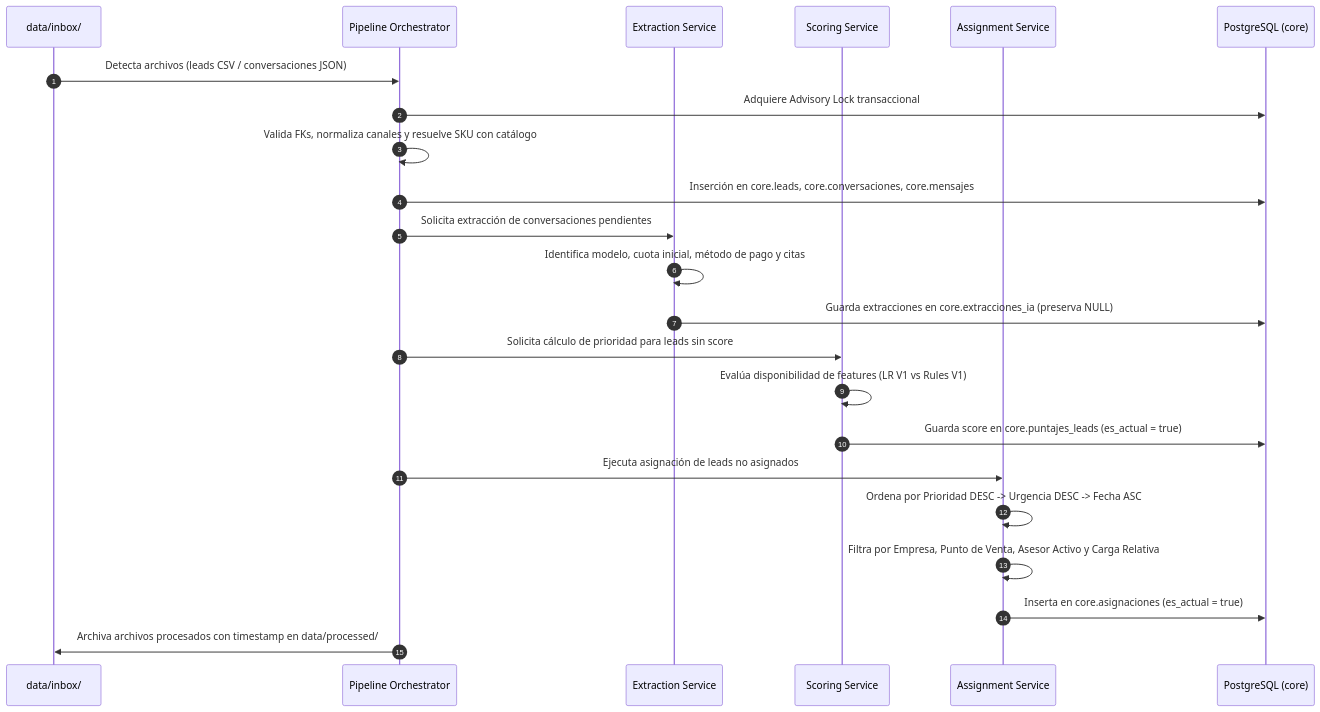
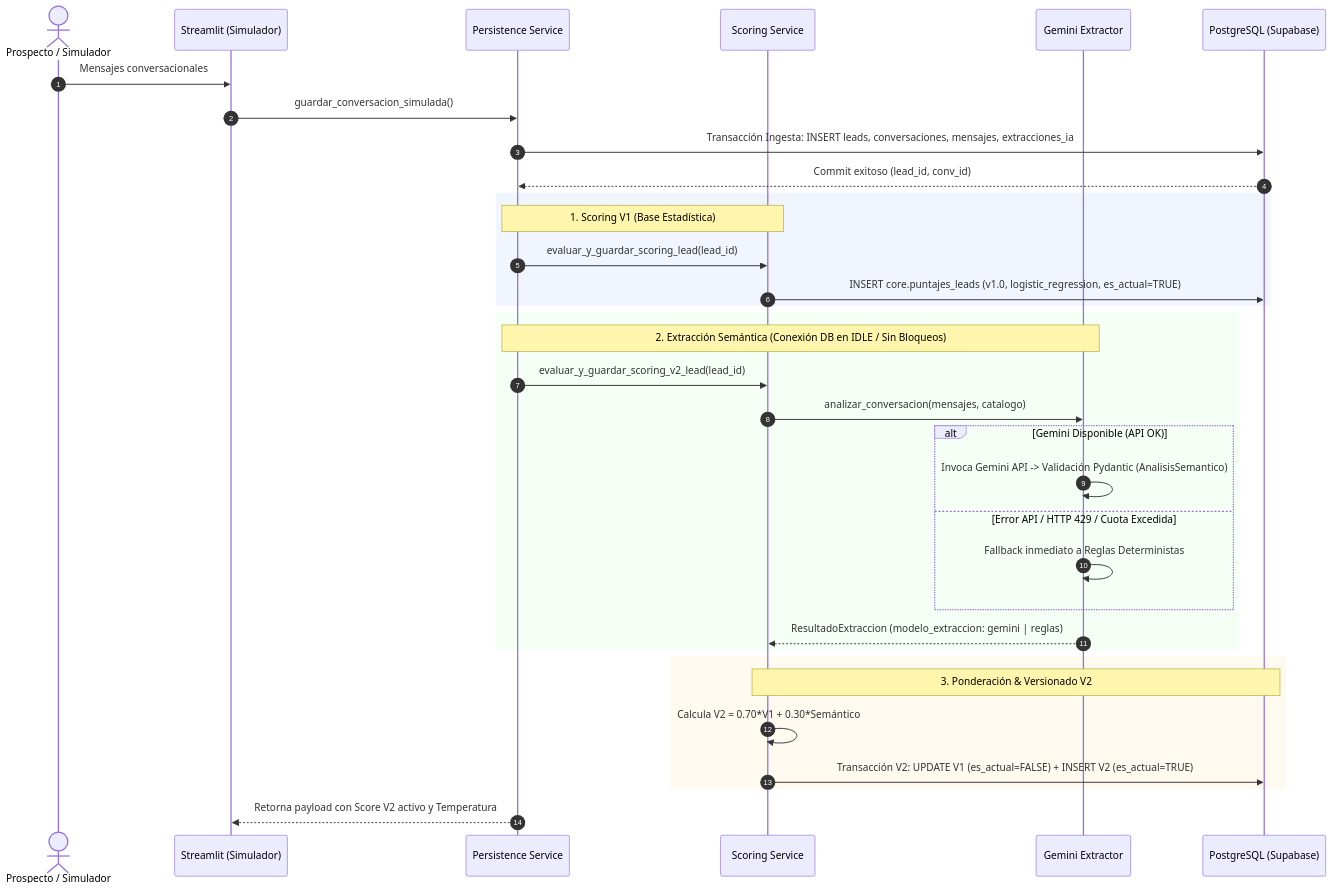
Before and after one commit to c-c23/motos-AI: the second of 5 diagrams in README.md, drawn with Mermaid. The commit also changed other lines of this file, not shown here.

````diff
--- a/README.md
+++ b/README.md
@@ -92,26 +131,41 @@
 ```mermaid
 sequenceDiagram
     autonumber
-    participant In as data/inbox/
-    participant Pipe as Pipeline Orchestrator
-    participant Ext as Extraction Service
+    actor Cliente as Prospecto / Simulador
+    participant UI as Streamlit (Simulador)
+    participant Persist as Persistence Service
     participant Sco as Scoring Service
-    participant Asg as Assignment Service
-    participant DB as PostgreSQL (core)
+    participant Ext as Gemini Extractor
+    participant DB as PostgreSQL (Supabase)
 
-    In->>Pipe: Detecta archivos (leads CSV / conversaciones JSON)
-    Pipe->>DB: Adquiere Advisory Lock transaccional
-    Pipe->>Pipe: Valida FKs, normaliza canales y resuelve SKU con catálogo
-    Pipe->>DB: Inserción en core.leads, core.conversaciones, core.mensajes
-    Pipe->>Ext: Solicita extracción de conversaciones pendientes
-    Ext->>Ext: Identifica modelo, cuota inicial, método de pago y citas
-    Ext->>DB: Guarda extracciones en core.extracciones_ia (preserva NULL)
-    Pipe->>Sco: Solicita cálculo de prioridad para leads sin score
-    Sco->>Sco: Evalúa disponibilidad de features (LR V1 vs Rules V1)
-    Sco->>DB: Guarda score en core.puntajes_leads (es_actual = true)
-    Pipe->>Asg: Ejecuta asignación de leads no asignados
-    Asg->>Asg: Ordena por Prioridad DESC -> Urgencia DESC -> Fecha ASC
-    Asg->>Asg: Filtra por Empresa, Punto de Venta, Asesor Activo y Carga Relativa
-    Asg->>DB: Inserta en core.asignaciones (es_actual = true)
-    Pipe->>In: Archiva archivos procesados con timestamp en data/processed/
+    Cliente->>UI: Mensajes conversacionales
+    UI->>Persist: guardar_conversacion_simulada()
+    Persist->>DB: Transacción Ingesta: INSERT leads, conversaciones, mensajes, extracciones_ia
+    DB-->>Persist: Commit exitoso (lead_id, conv_id)
+    
+    rect rgb(240, 245, 255)
+        Note over Persist,Sco: 1. Scoring V1 (Base Estadística)
+        Persist->>Sco: evaluar_y_guardar_scoring_lead(lead_id)
+        Sco->>DB: INSERT core.puntajes_leads (v1.0, logistic_regression, es_actual=TRUE)
+    end
+
+    rect rgb(245, 255, 245)
+        Note over Persist,Ext: 2. Extracción Semántica (Conexión DB en IDLE / Sin Bloqueos)
+        Persist->>Sco: evaluar_y_guardar_scoring_v2_lead(lead_id)
+        Sco->>Ext: analizar_conversacion(mensajes, catalogo)
+        alt Gemini Disponible (API OK)
+            Ext->>Ext: Invoca Gemini API -> Validación Pydantic (AnalisisSemantico)
+        else Error API / HTTP 429 / Cuota Excedida
+            Ext->>Ext: Fallback inmediato a Reglas Deterministas
+        end
+        Ext-->>Sco: ResultadoExtraccion (modelo_extraccion: gemini | reglas)
+    end
+
+    rect rgb(255, 250, 240)
+        Note over Sco,DB: 3. Ponderación & Versionado V2
+        Sco->>Sco: Calcula V2 = 0.70*V1 + 0.30*Semántico
+        Sco->>DB: Transacción V2: UPDATE V1 (es_actual=FALSE) + INSERT V2 (es_actual=TRUE)
+    end
+
+    Persist-->>UI: Retorna payload con Score V2 activo y Temperatura
 ```
````
